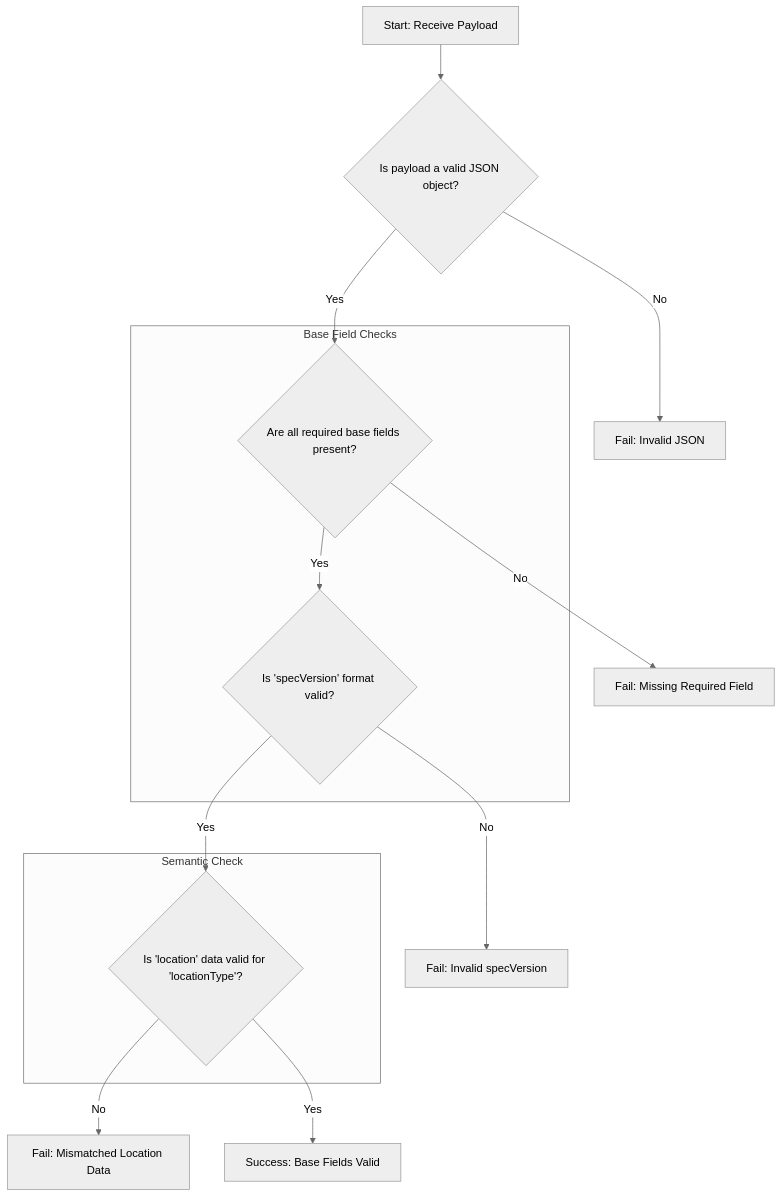
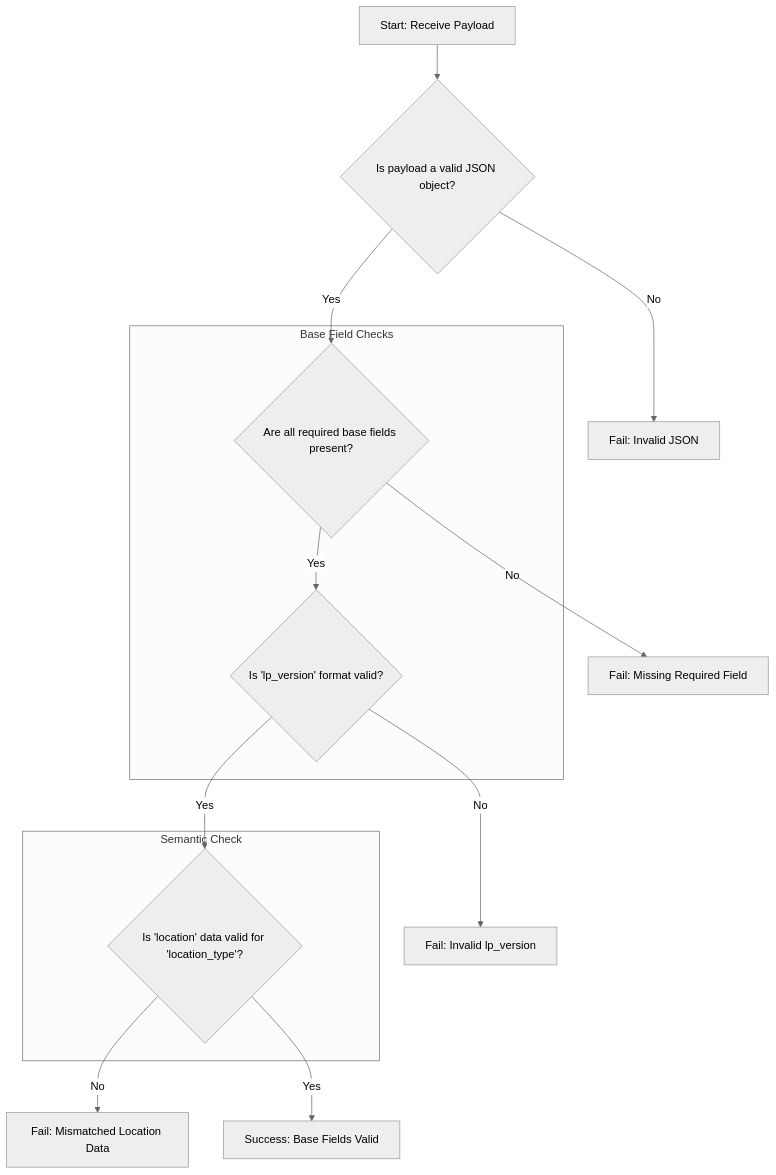
Before and after one commit to DecentralizedGeo/location-protocol-spec: the diagram in docs/spec-page/specification/data-model.md, drawn with Mermaid (neutral theme). The commit also changed other lines of this file and 5 other files, not shown here.

````diff
--- a/docs/spec-page/specification/data-model.md
+++ b/docs/spec-page/specification/data-model.md
@@ -92,21 +95,21 @@
 ```mermaid
 graph TD
     A[Start: Receive Payload] --> B{Is payload a valid JSON object?};
     B -- Yes --> C{Are all required base fields present?};
     B -- No --> Z[Fail: Invalid JSON];
     C -- No --> Y[Fail: Missing Required Field];
-    C -- Yes --> D{Is 'specVersion' format valid?};
-    D -- No --> X[Fail: Invalid specVersion];
-    D -- Yes --> E{Is 'location' data valid for 'locationType'?};
+    C -- Yes --> D{Is 'lp_version' format valid?};
+    D -- No --> X[Fail: Invalid lp_version];
+    D -- Yes --> E{Is 'location' data valid for 'location_type'?};
     E -- No --> W[Fail: Mismatched Location Data];
     E -- Yes --> V[Success: Base Fields Valid];
 
     subgraph Base Field Checks
         C
         D
     end
 
     subgraph Semantic Check
         E
     end
 ```
````
